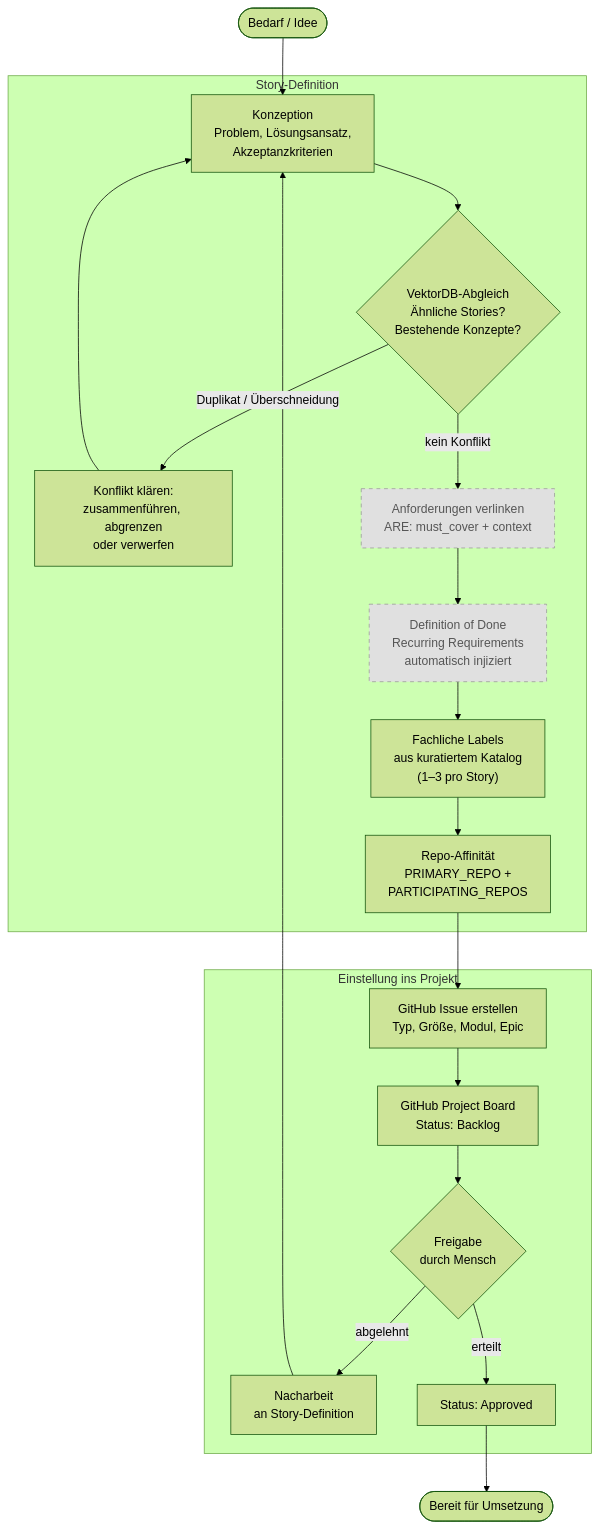
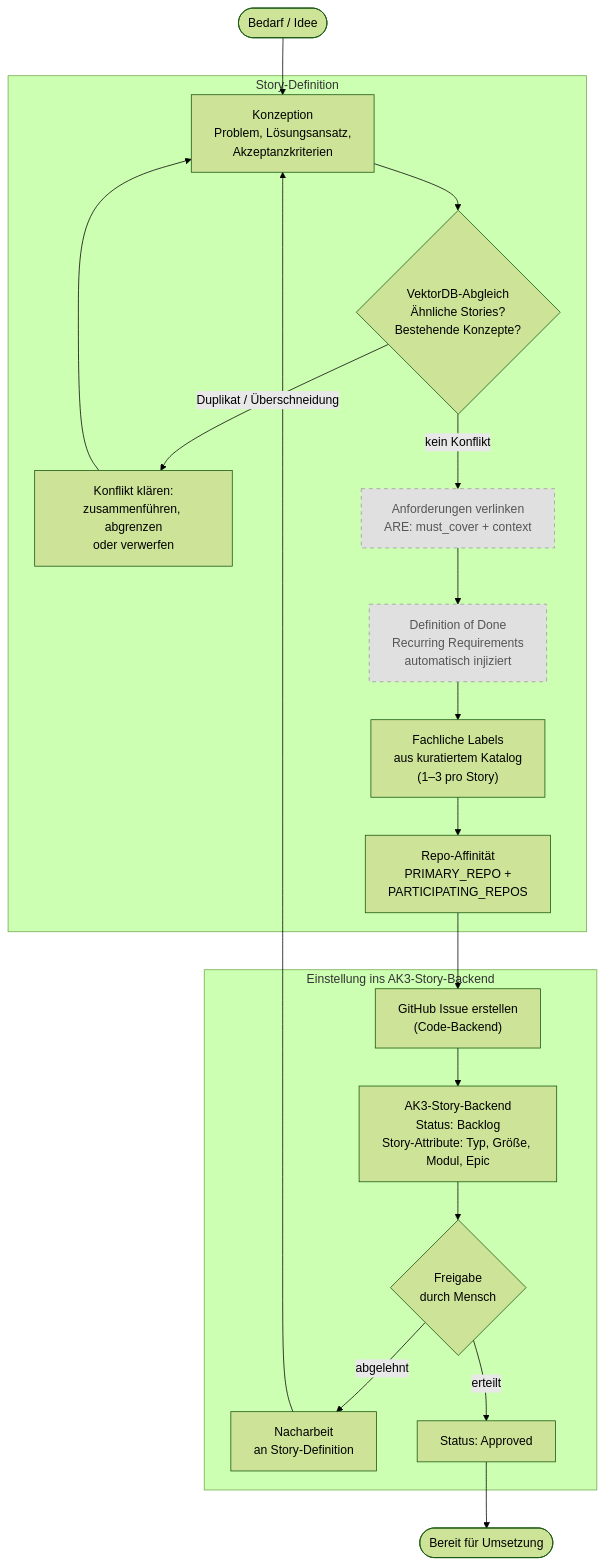
One commit to saltenhof/claude-agentkit3 changed the diagram in concept/domain-design/10-story-lifecycle-und-erstellung.md. Above: the diagram before and after it, drawn with Mermaid (forest theme). The commit also changed other lines of this file and 28 other files, not shown here.

First line of the commit message:
Konzept-Cleanup: GitHub Projects komplett entfernen

````diff
--- a/concept/domain-design/10-story-lifecycle-und-erstellung.md
+++ b/concept/domain-design/10-story-lifecycle-und-erstellung.md
@@ -90,31 +90,31 @@
 ```mermaid
 flowchart TD
     classDef optional fill:#e0e0e0,stroke:#999,stroke-dasharray: 5 5,color:#555
 
     TRIGGER([Bedarf / Idee]) --> KONZEPT
 
     subgraph DEFINITION [Story-Definition]
         KONZEPT["Konzeption<br/>Problem, Lösungsansatz,<br/>Akzeptanzkriterien"]
         KONZEPT --> VEKTORDB{"VektorDB-Abgleich<br/>Ähnliche Stories?<br/>Bestehende Konzepte?"}
         VEKTORDB -->|Duplikat / Überschneidung| REVIEW_CONFLICT["Konflikt klären:<br/>zusammenführen, abgrenzen<br/>oder verwerfen"]
         REVIEW_CONFLICT --> KONZEPT
         VEKTORDB -->|kein Konflikt| ANFORDERUNGEN
         ANFORDERUNGEN["Anforderungen verlinken<br/>ARE: must_cover + context"]:::optional
         ANFORDERUNGEN --> DOD["Definition of Done<br/>Recurring Requirements<br/>automatisch injiziert"]:::optional
         DOD --> LABELS["Fachliche Labels<br/>aus kuratiertem Katalog<br/>(1–3 pro Story)"]
         LABELS --> REPO_AFF["Repo-Affinität<br/>PRIMARY_REPO +<br/>PARTICIPATING_REPOS"]
     end
 
     REPO_AFF --> GITHUB
 
-    subgraph EINSTELLUNG [Einstellung ins Projekt]
-        GITHUB["GitHub Issue erstellen<br/>Typ, Größe, Modul, Epic"]
-        GITHUB --> PROJECT["GitHub Project Board<br/>Status: Backlog"]
+    subgraph EINSTELLUNG [Einstellung ins AK3-Story-Backend]
+        GITHUB["GitHub Issue erstellen<br/>(Code-Backend)"]
+        GITHUB --> PROJECT["AK3-Story-Backend<br/>Status: Backlog<br/>Story-Attribute: Typ, Größe, Modul, Epic"]
         PROJECT --> FREIGABE{"Freigabe<br/>durch Mensch"}
         FREIGABE -->|abgelehnt| REWORK["Nacharbeit<br/>an Story-Definition"]
         REWORK --> KONZEPT
         FREIGABE -->|erteilt| APPROVED["Status: Approved"]
     end
 
     APPROVED --> READY([Bereit für Umsetzung])
 ```
````
